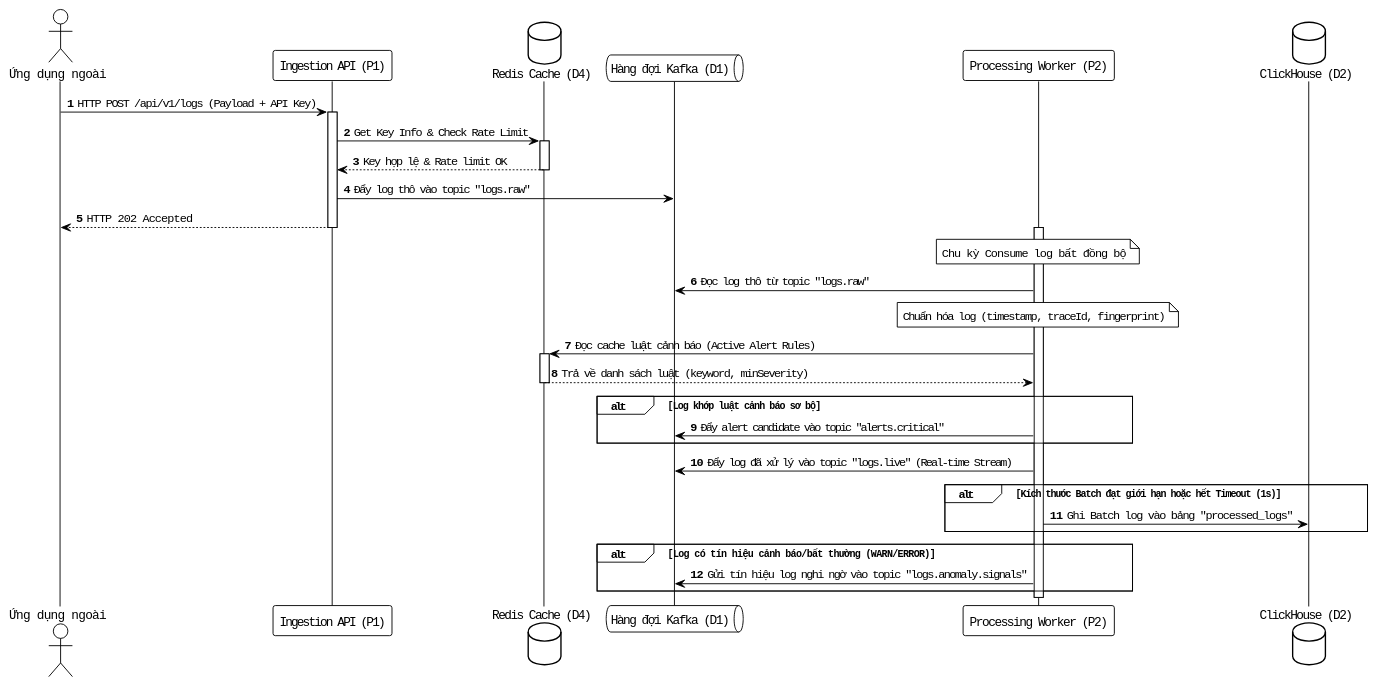
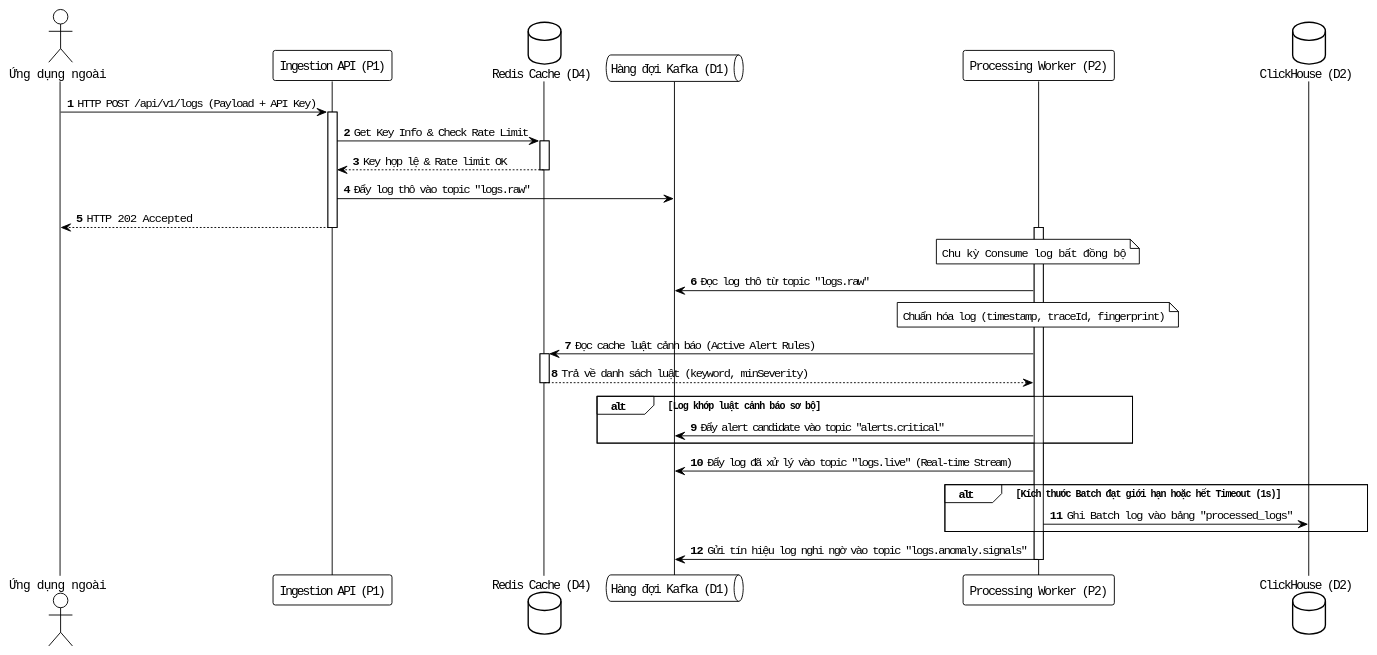
One commit to nguyentrongduc2005/log-monitoring-system changed the fourth of 13 diagrams in detailed-diagrams.md. Above: the diagram before and after it, drawn with PlantUML. The commit also changed other lines of this file, not shown here.

Commit message:
docs: remove incorrect warn/error level conditions for anomaly signals in logs processing diagram

````diff
--- a/detailed-diagrams.md
+++ b/detailed-diagrams.md
@@ -161,54 +159,52 @@
 ```plantuml
 @startuml
 !theme plain
 skinparam monochrome true
 skinparam shadowing false
 skinparam defaultFontName "Courier New"
 
 actor "Ứng dụng ngoài" as App
 participant "Ingestion API (P1)" as Ingest
 database "Redis Cache (D4)" as Redis
 queue "Hàng đợi Kafka (D1)" as Kafka
 participant "Processing Worker (P2)" as Worker
 database "ClickHouse (D2)" as CH
 
 autonumber
 
 App -> Ingest : HTTP POST /api/v1/logs (Payload + API Key)
 activate Ingest
 Ingest -> Redis : Get Key Info & Check Rate Limit
 activate Redis
 Redis --> Ingest : Key hợp lệ & Rate limit OK
 deactivate Redis
 
 Ingest -> Kafka : Đẩy log thô vào topic "logs.raw"
 Ingest --> App : HTTP 202 Accepted
 deactivate Ingest
 
 Note over Worker : Chu kỳ Consume log bất đồng bộ
 activate Worker
 Worker -> Kafka : Đọc log thô từ topic "logs.raw"
 Note over Worker : Chuẩn hóa log (timestamp, traceId, fingerprint)
 
 Worker -> Redis : Đọc cache luật cảnh báo (Active Alert Rules)
 activate Redis
 Redis --> Worker : Trả về danh sách luật (keyword, minSeverity)
 deactivate Redis
 
 alt Log khớp luật cảnh báo sơ bộ
     Worker -> Kafka : Đẩy alert candidate vào topic "alerts.critical"
 end
 
 Worker -> Kafka : Đẩy log đã xử lý vào topic "logs.live" (Real-time Stream)
 
 alt Kích thước Batch đạt giới hạn hoặc hết Timeout (1s)
     Worker -> CH : Ghi Batch log vào bảng "processed_logs"
 end
 
-alt Log có tín hiệu cảnh báo/bất thường (WARN/ERROR)
-    Worker -> Kafka : Gửi tín hiệu log nghi ngờ vào topic "logs.anomaly.signals"
-end
+Worker -> Kafka : Gửi tín hiệu log nghi ngờ vào topic "logs.anomaly.signals"
 deactivate Worker
 
 @enduml
 ```
````
